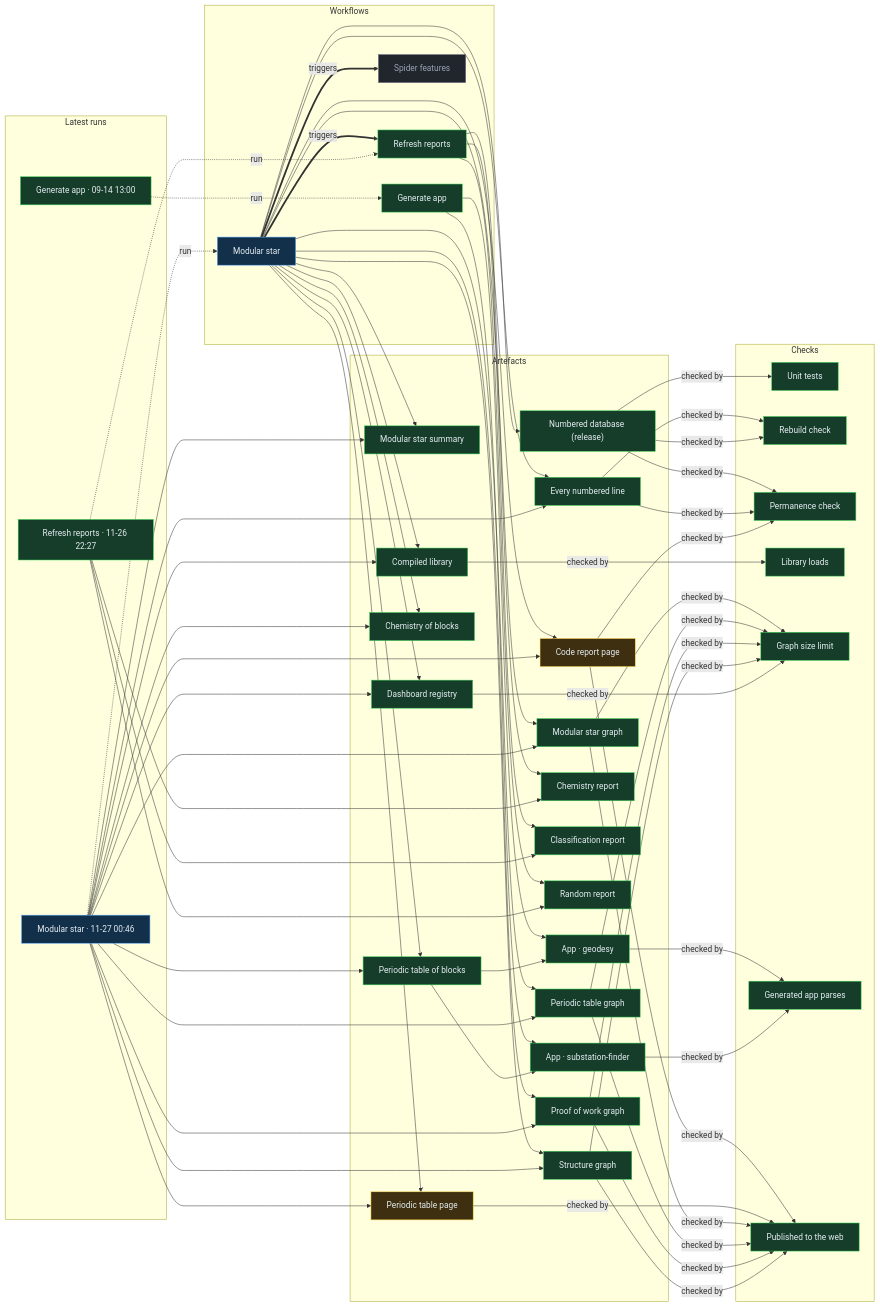
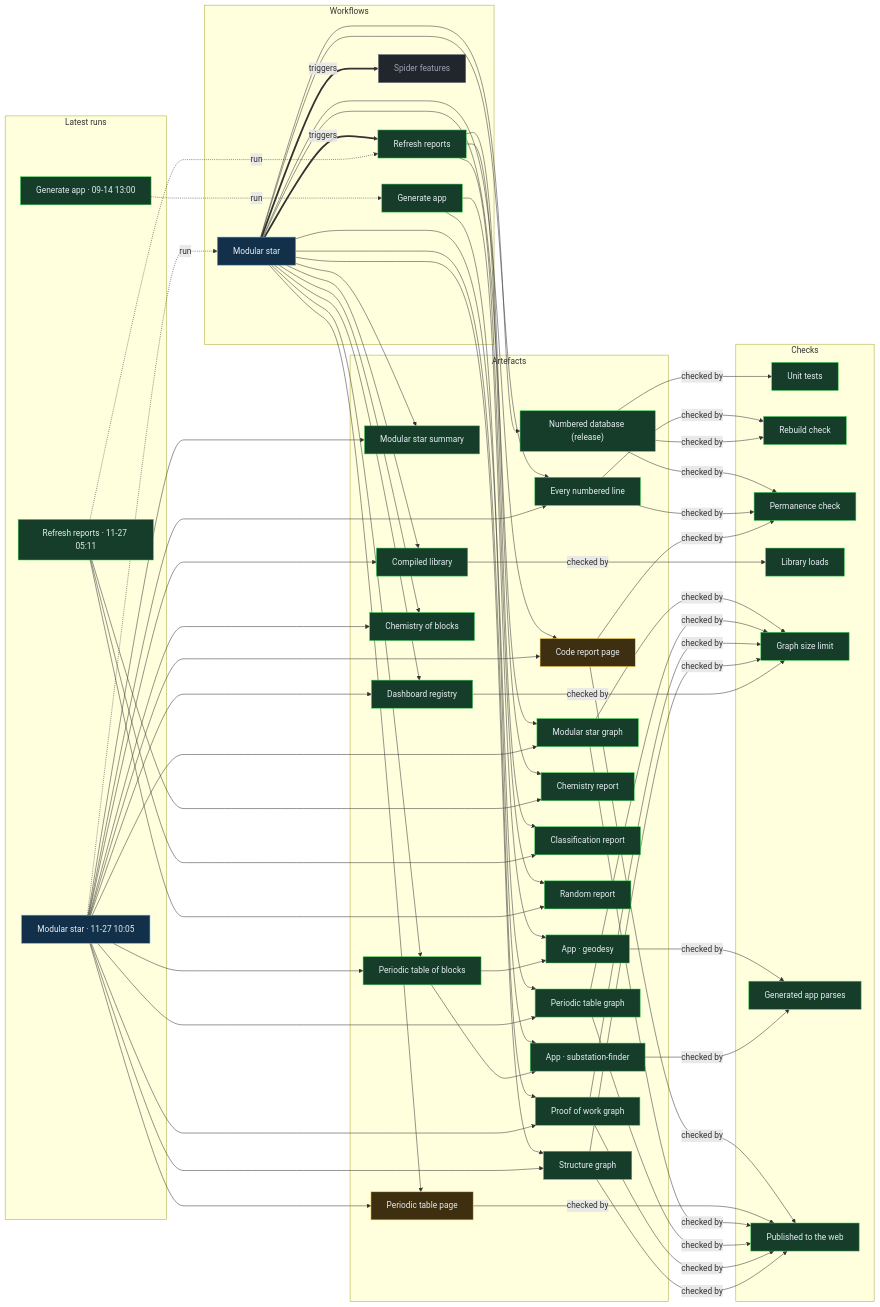
The diagram in proof/PROOF.md (Ventusltd/stars), drawn with Mermaid before and after one commit. The commit also changed other lines of this file and 72 other files, not shown here.

Commit message:
Modular star 2026-11-27T10:08Z

```diff
--- a/proof/PROOF.md
+++ b/proof/PROOF.md
@@ -24,8 +24,8 @@
   n_wf_spider_features["Spider features"]:::off
   end
   subgraph g_runs["Latest runs"]
-  n_run_45918691706["Modular star · 11-27 00:46"]:::live
-  n_run_45904910825["Refresh reports · 11-26 22:27"]:::ok
+  n_run_45979150753["Modular star · 11-27 10:05"]:::live
+  n_run_45944278082["Refresh reports · 11-27 05:11"]:::ok
   n_run_34846587798["Generate app · 09-14 13:00"]:::ok
   end
   subgraph g_artefacts["Artefacts"]
@@ -59,39 +59,39 @@
   end
   n_wf_modular_star == triggers ==> n_wf_refresh
   n_wf_modular_star == triggers ==> n_wf_spider_features
-  n_run_45918691706 -. run .-> n_wf_modular_star
-  n_run_45904910825 -. run .-> n_wf_refresh
+  n_run_45979150753 -. run .-> n_wf_modular_star
+  n_run_45944278082 -. run .-> n_wf_refresh
   n_run_34846587798 -. run .-> n_wf_generate
   n_wf_modular_star --> n_art_summary
-  n_run_45918691706 --> n_art_summary
+  n_run_45979150753 --> n_art_summary
   n_wf_modular_star --> n_art_lines
-  n_run_45918691706 --> n_art_lines
+  n_run_45979150753 --> n_art_lines
   n_wf_modular_star --> n_art_code
-  n_run_45918691706 --> n_art_code
+  n_run_45979150753 --> n_art_code
   n_wf_modular_star --> n_art_modular_graph
-  n_run_45918691706 --> n_art_modular_graph
+  n_run_45979150753 --> n_art_modular_graph
   n_wf_modular_star --> n_art_blocks
-  n_run_45918691706 --> n_art_blocks
+  n_run_45979150753 --> n_art_blocks
   n_wf_modular_star --> n_art_table
-  n_run_45918691706 --> n_art_table
+  n_run_45979150753 --> n_art_table
   n_wf_modular_star --> n_art_blocks_graph
-  n_run_45918691706 --> n_art_blocks_graph
+  n_run_45979150753 --> n_art_blocks_graph
   n_wf_modular_star --> n_art_reactions
-  n_run_45918691706 --> n_art_reactions
+  n_run_45979150753 --> n_art_reactions
   n_wf_modular_star --> n_art_library
-  n_run_45918691706 --> n_art_library
+  n_run_45979150753 --> n_art_library
   n_wf_modular_star --> n_art_features
-  n_run_45918691706 --> n_art_features
+  n_run_45979150753 --> n_art_features
   n_wf_modular_star --> n_art_proof
-  n_run_45918691706 --> n_art_proof
+  n_run_45979150753 --> n_art_proof
   n_wf_modular_star --> n_art_structure
-  n_run_45918691706 --> n_art_structure
+  n_run_45979150753 --> n_art_structure
   n_wf_refresh --> n_art_chemistry
-  n_run_45904910825 --> n_art_chemistry
+  n_run_45944278082 --> n_art_chemistry
   n_wf_refresh --> n_art_vedic
-  n_run_45904910825 --> n_art_vedic
+  n_run_45944278082 --> n_art_vedic
   n_wf_refresh --> n_art_random
-  n_run_45904910825 --> n_art_random
+  n_run_45944278082 --> n_art_random
   n_wf_modular_star --> n_art_release
   n_wf_generate --> n_app_geodesy
   n_art_blocks --> n_app_geodesy
```
